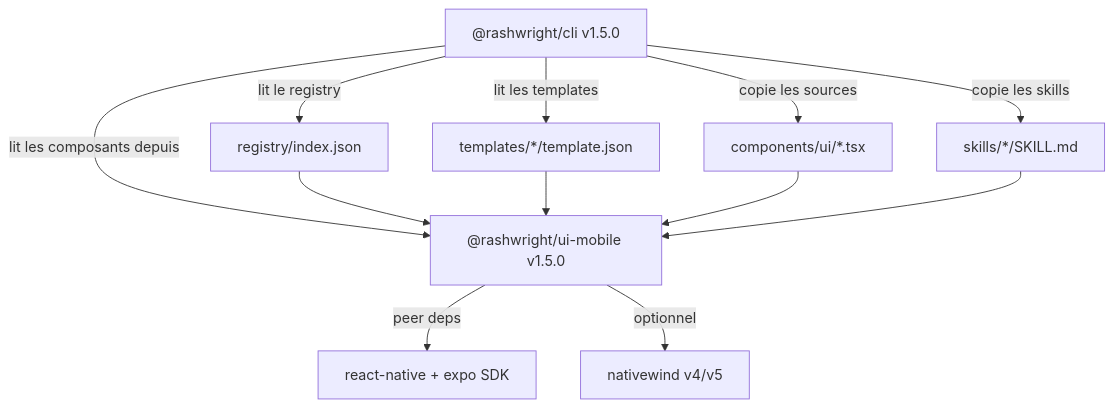
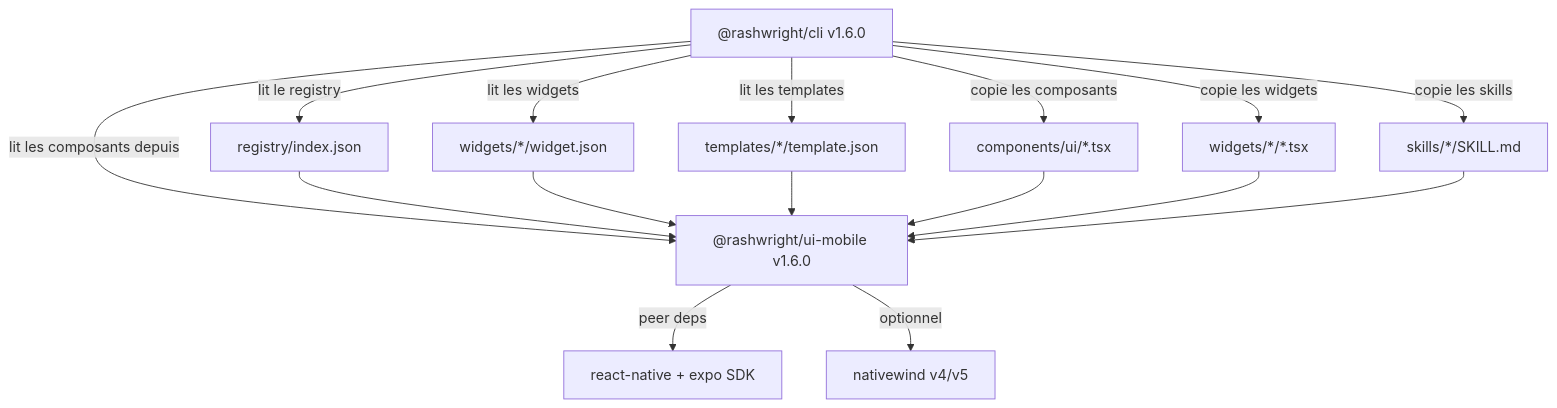
The third of 3 diagrams in architecture.md (AbdoulRachid-Mz/rashwright-ui), drawn with Mermaid before and after one commit. The commit also changed other lines of this file and 8 other files, not shown here.

Commit message:
docs: align contributor, architecture, validation, plan and task for v1.6.0 and future roadmap

````diff
--- a/architecture.md
+++ b/architecture.md
@@ -501,19 +576,23 @@
 ```mermaid
 graph TD
-    CLI["@rashwright/cli v1.5.0"]
-    UI["@rashwright/ui-mobile v1.5.0"]
+    CLI["@rashwright/cli v1.6.0"]
+    UI["@rashwright/ui-mobile v1.6.0"]
     
     CLI --> |"lit les composants depuis"| UI
     CLI --> |"lit le registry"| UIReg["registry/index.json"]
+    CLI --> |"lit les widgets"| UIWidg["widgets/*/widget.json"]
     CLI --> |"lit les templates"| UITempl["templates/*/template.json"]
-    CLI --> |"copie les sources"| UIComp["components/ui/*.tsx"]
+    CLI --> |"copie les composants"| UIComp["components/ui/*.tsx"]
+    CLI --> |"copie les widgets"| UIWidgFiles["widgets/*/*.tsx"]
     CLI --> |"copie les skills"| UISkills["skills/*/SKILL.md"]
     
     UIReg --> UI
+    UIWidg --> UI
     UITempl --> UI
     UIComp --> UI
+    UIWidgFiles --> UI
     UISkills --> UI
     
     UI --> |"peer deps"| RN["react-native + expo SDK"]
     UI --> |"optionnel"| NW["nativewind v4/v5"]
 ```
````
